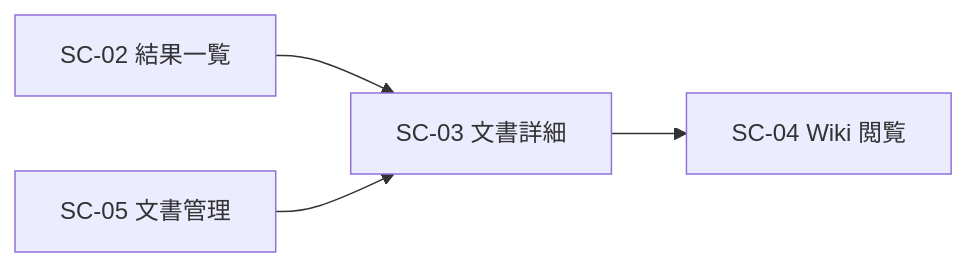
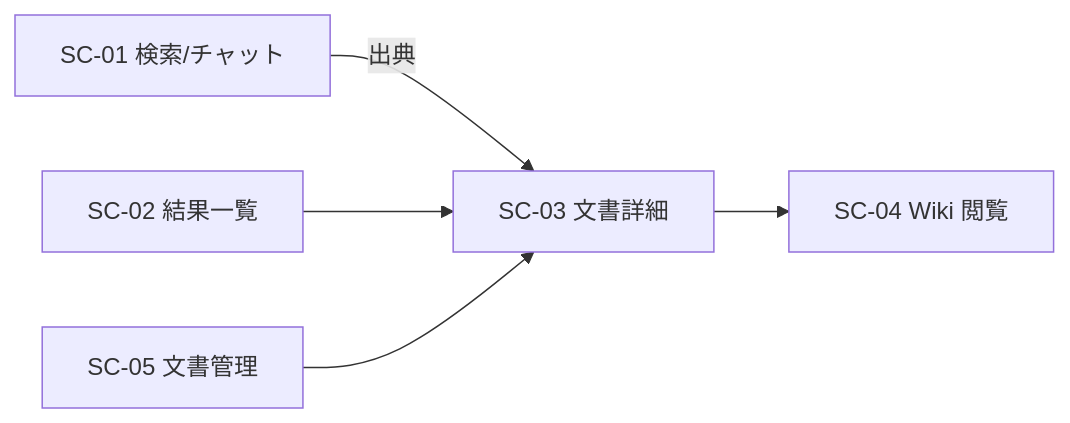
Before and after one commit to endazon/microservices-platform: the diagram in docs/screens/SC-03_document-detail.md, drawn with Mermaid. The commit also changed other lines of this file and 51 other files, not shown here.

````diff
--- a/docs/screens/SC-03_document-detail.md
+++ b/docs/screens/SC-03_document-detail.md
@@ -84,6 +195,7 @@
 ```mermaid
 flowchart LR
-  SC02[SC-02 結果一覧] --> SC03[SC-03 文書詳細]
+  SC01[SC-01 検索/チャット] -- 出典 --> SC03[SC-03 文書詳細]
+  SC02[SC-02 結果一覧] --> SC03
   SC05[SC-05 文書管理] --> SC03
   SC03 --> SC04[SC-04 Wiki 閲覧]
 ```
````
